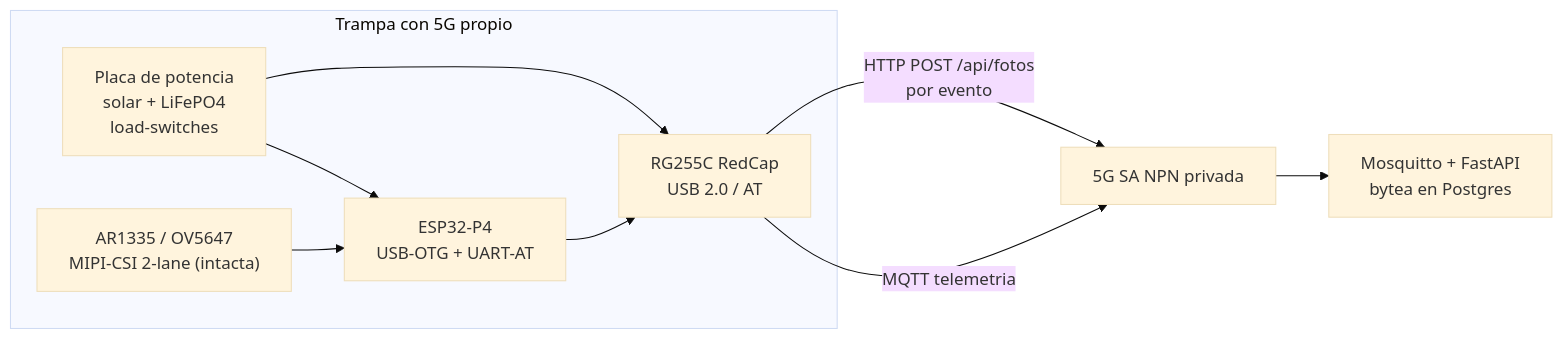
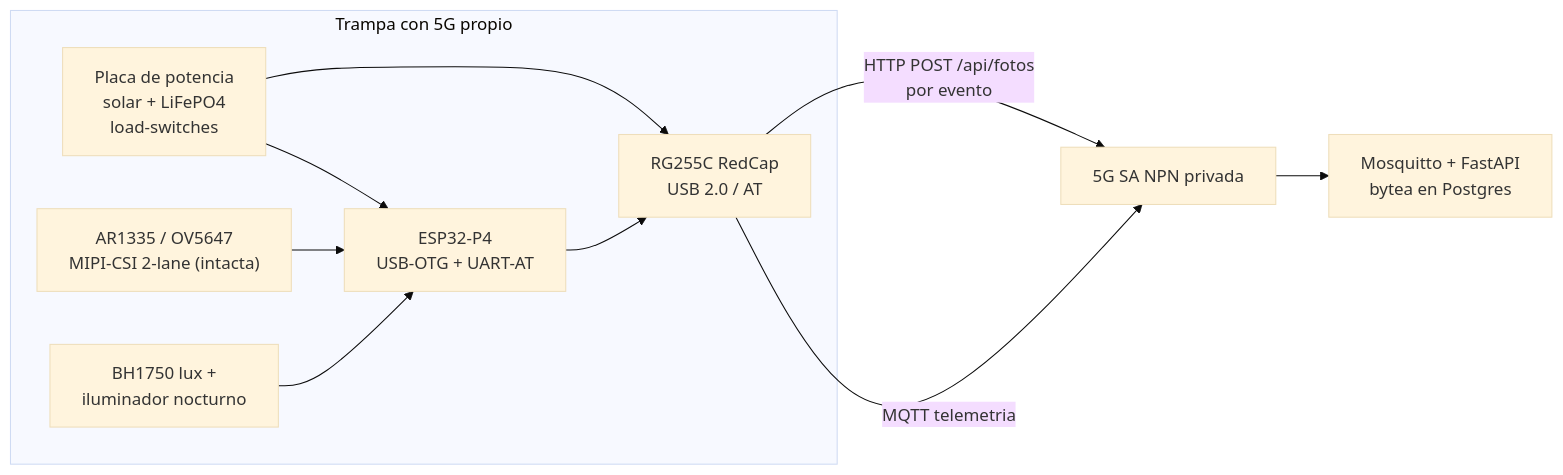
Before and after one commit to vertivolatam/hackathon-5g-2026: the third of 3 diagrams in docs-site/docs/explanation/hardware-decisiones.md, drawn with Mermaid (base theme). The commit also changed 10 other files, not shown here.

````diff
--- a/docs-site/docs/explanation/hardware-decisiones.md
+++ b/docs-site/docs/explanation/hardware-decisiones.md
@@ -59,12 +59,13 @@
 ```mermaid
 graph LR
     subgraph Trampa con 5G propio
         P4["ESP32-P4<br/>USB-OTG + UART-AT"] --> M["RG255C RedCap<br/>USB 2.0 / AT"]
         PWR["Placa de potencia<br/>solar + LiFePO4<br/>load-switches"] --> P4
         PWR --> M
         CAM["AR1335 / OV5647<br/>MIPI-CSI 2-lane (intacta)"] --> P4
+        LUZ["BH1750 lux +<br/>iluminador nocturno"] --> P4
     end
     M -->|MQTT telemetria| N5["5G SA NPN privada"]
     M -->|HTTP POST /api/fotos<br/>por evento| N5
     N5 --> B["Mosquitto + FastAPI<br/>bytea en Postgres"]
 ```
````
